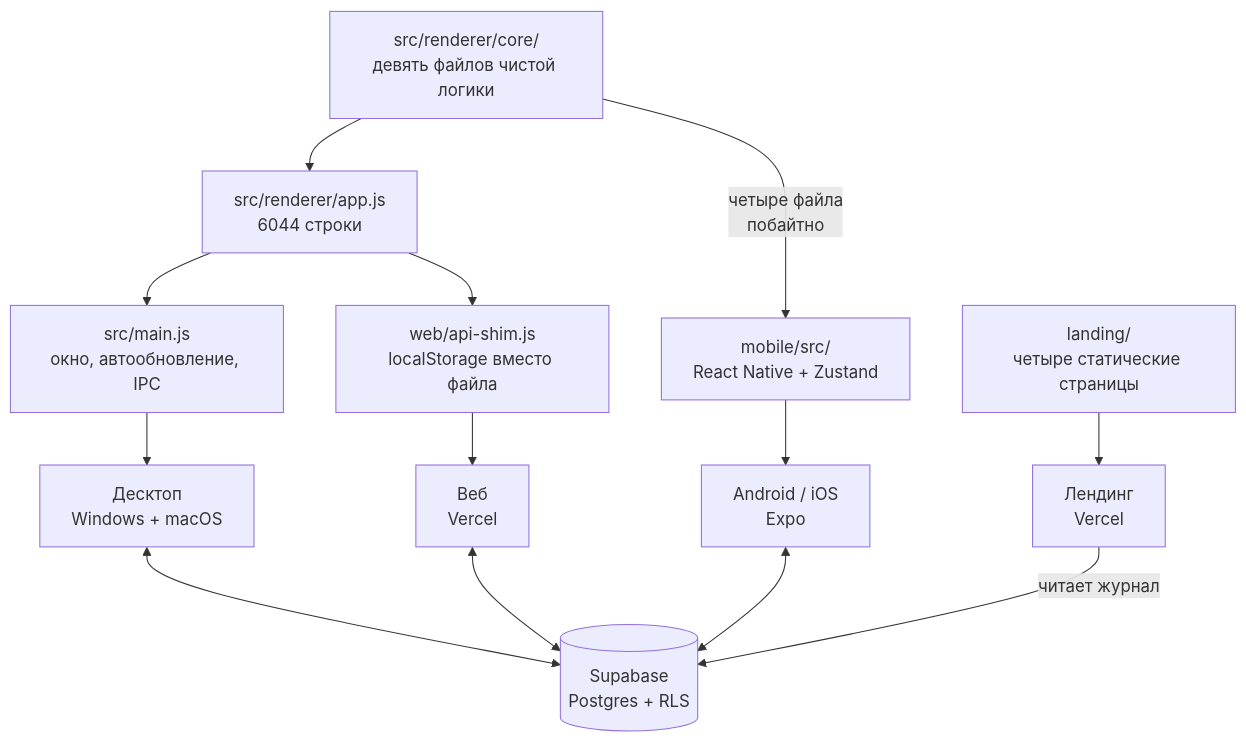
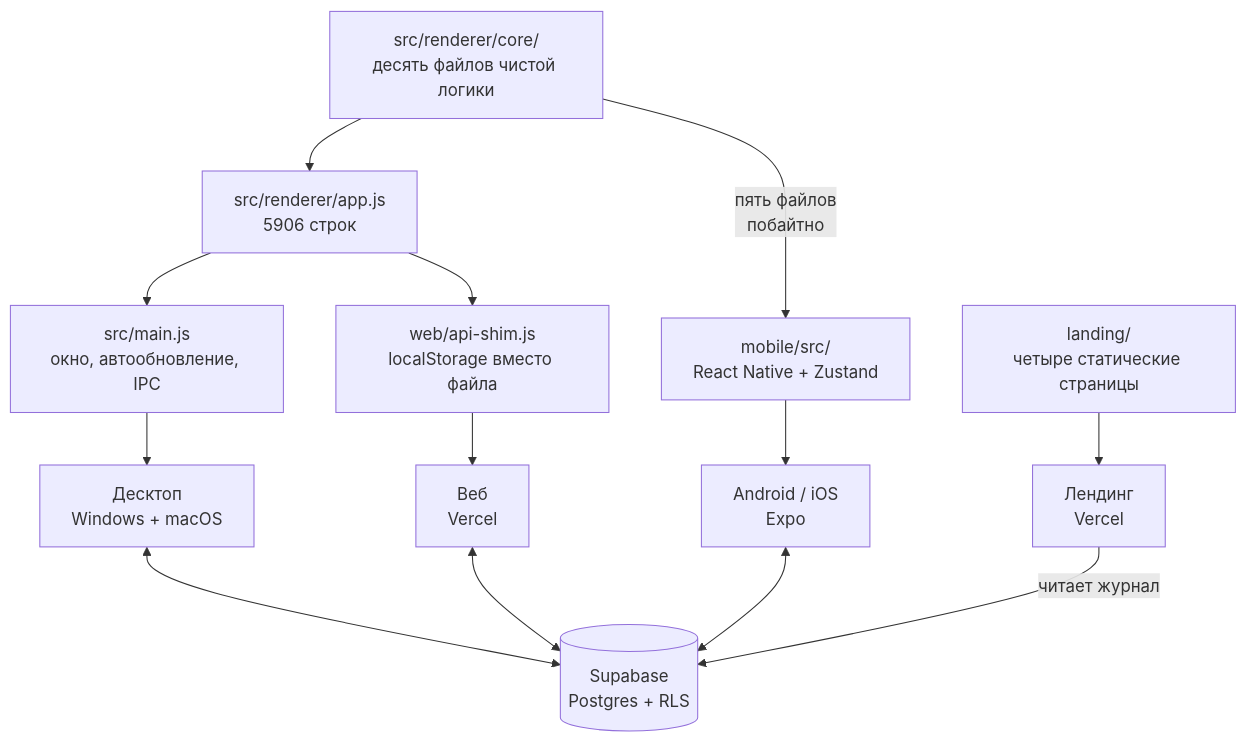
The first of 2 diagrams in ARCHITECTURE.md (lancibleofficial/Lancible), drawn with Mermaid before and after one commit. The commit also changed other lines of this file and 1 other file, not shown here.

````diff
--- a/ARCHITECTURE.md
+++ b/ARCHITECTURE.md
@@ -13,25 +13,25 @@
 ```mermaid
 graph TD
-    CORE["src/renderer/core/<br/>девять файлов чистой логики"]
+    CORE["src/renderer/core/<br/>десять файлов чистой логики"]
 
-    APP["src/renderer/app.js<br/>6044 строки"]
+    APP["src/renderer/app.js<br/>5906 строк"]
     MAIN["src/main.js<br/>окно, автообновление, IPC"]
     SHIM["web/api-shim.js<br/>localStorage вместо файла"]
     MOB["mobile/src/<br/>React Native + Zustand"]
     LAND["landing/<br/>четыре статические страницы"]
 
     CORE --> APP
-    CORE -->|"четыре файла<br/>побайтно"| MOB
+    CORE -->|"пять файлов<br/>побайтно"| MOB
     APP --> MAIN
     APP --> SHIM
     MAIN --> DESK["Десктоп<br/>Windows + macOS"]
     SHIM --> WEB["Веб<br/>Vercel"]
     MOB --> ANDROID["Android / iOS<br/>Expo"]
     LAND --> SITE["Лендинг<br/>Vercel"]
 
     SB[("Supabase<br/>Postgres + RLS")]
     DESK <--> SB
     WEB <--> SB
     ANDROID <--> SB
     SITE -->|"читает журнал"| SB
 ```
````
